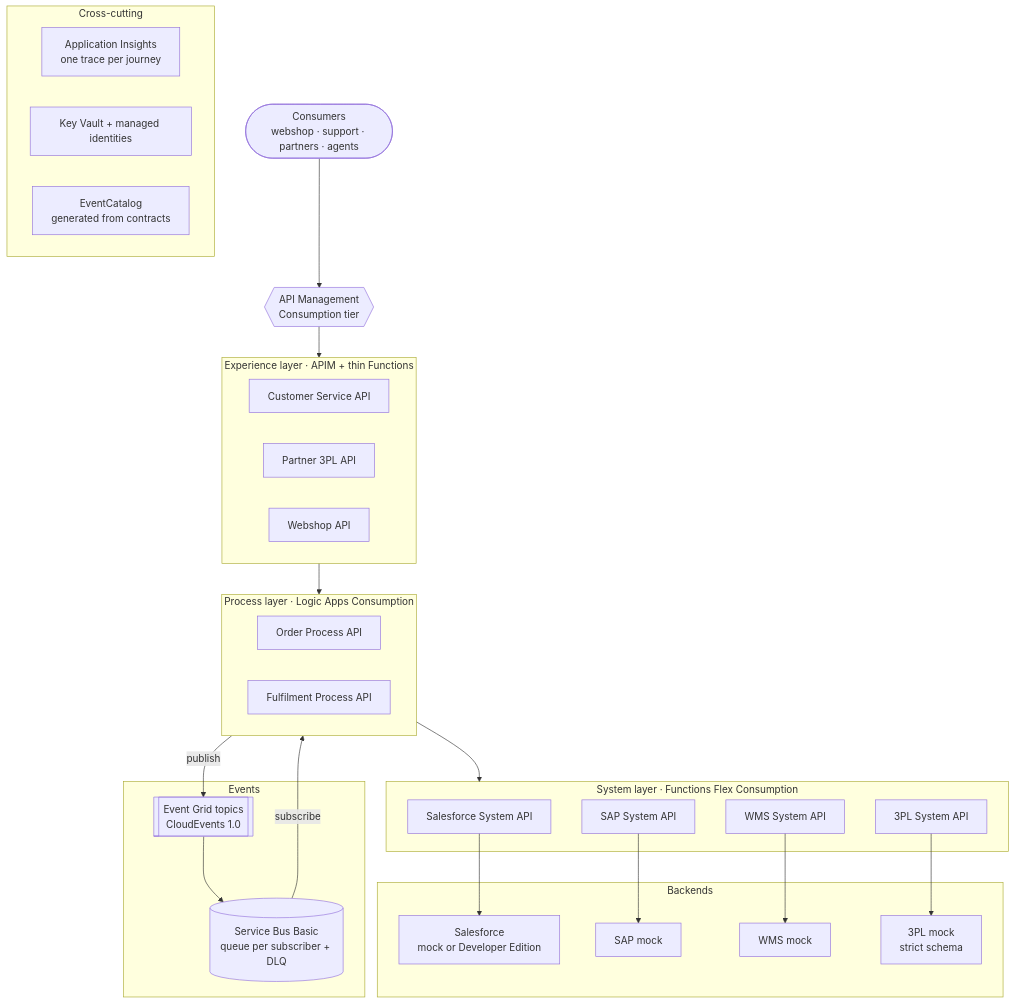
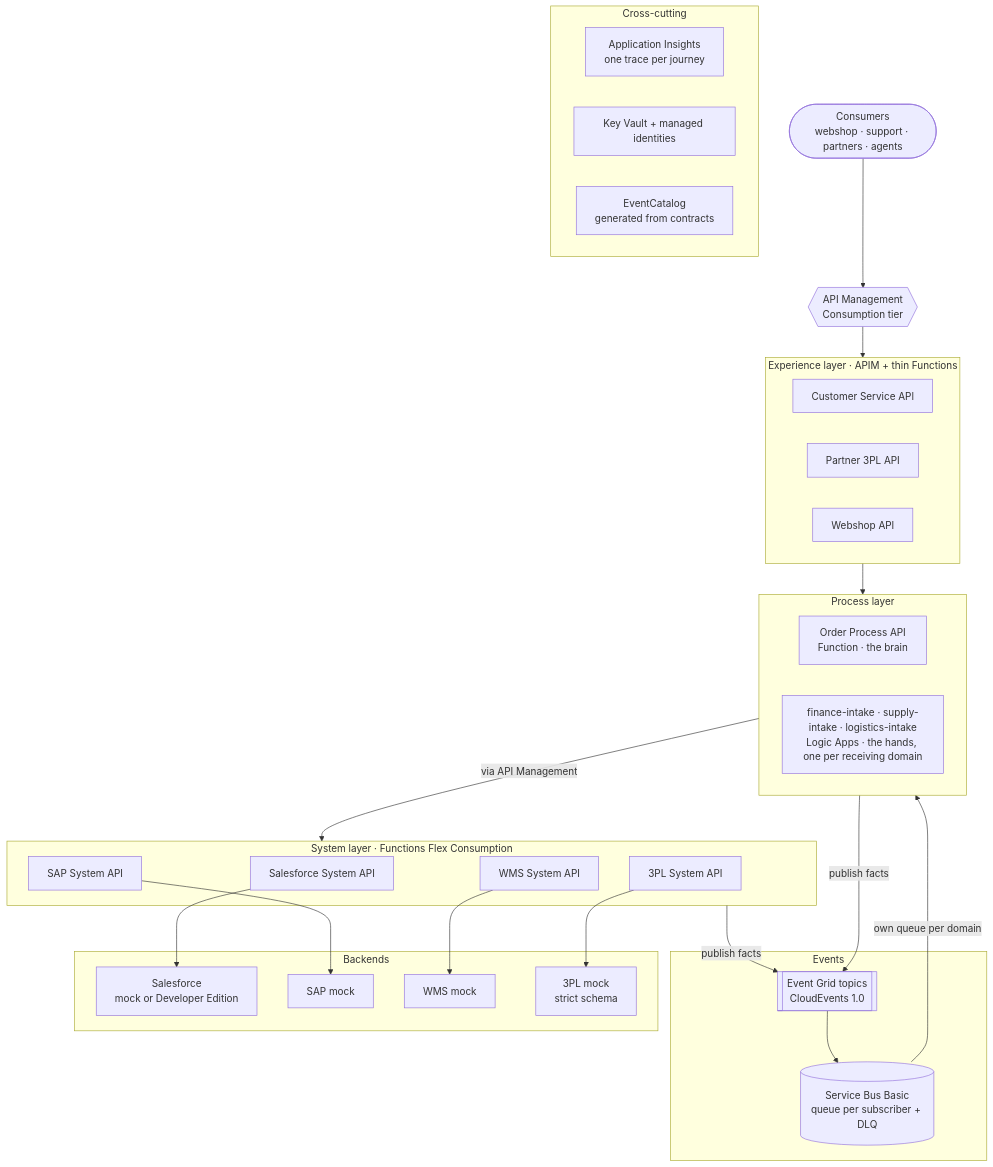
The first of 2 diagrams in README.md (azure-intelligence-domain/ai-intelligence-domain), drawn with Mermaid before and after one commit. The commit also changed other lines of this file and 4 other files, not shown here.

First line of the commit message:
ADR 0015: one integration flow per receiving domain; data models per domain

````diff
--- a/README.md
+++ b/README.md
@@ -83,52 +85,53 @@
 ```mermaid
 flowchart TB
     consumers(["Consumers<br/>webshop · support · partners · agents"])
     apim{{"API Management<br/>Consumption tier"}}
 
     subgraph experience["Experience layer · APIM + thin Functions"]
         direction LR
         exp_cs["Customer Service API"]
         exp_partner["Partner 3PL API"]
         exp_web["Webshop API"]
     end
 
-    subgraph process["Process layer · Logic Apps Consumption"]
+    subgraph process["Process layer"]
         direction LR
-        proc_order["Order Process API"]
-        proc_fulfil["Fulfilment Process API"]
+        proc_order["Order Process API<br/>Function · the brain"]
+        flows["finance-intake · supply-intake · logistics-intake<br/>Logic Apps · the hands, one per receiving domain"]
     end
 
     subgraph events["Events"]
         eg[["Event Grid topics<br/>CloudEvents 1.0"]]
         sbq[("Service Bus Basic<br/>queue per subscriber + DLQ")]
     end
 
     subgraph system["System layer · Functions Flex Consumption"]
         sys_sf["Salesforce System API"]
         sys_sap["SAP System API"]
         sys_wms["WMS System API"]
         sys_3pl["3PL System API"]
     end
 
     subgraph backends["Backends"]
         sf["Salesforce<br/>mock or Developer Edition"]
         sap["SAP mock"]
         wms["WMS mock"]
         tpl["3PL mock<br/>strict schema"]
     end
 
     subgraph shared["Cross-cutting"]
         appi["Application Insights<br/>one trace per journey"]
         kv["Key Vault + managed identities"]
         catalog["EventCatalog<br/>generated from contracts"]
     end
 
     consumers --> apim --> experience
     experience --> process
-    process -- "publish" --> eg --> sbq -- "subscribe" --> process
-    process --> system
+    proc_order -- "publish facts" --> eg --> sbq -- "own queue per domain" --> flows
+    system -- "publish facts" --> eg
+    process -- "via API Management" --> system
     sys_sf --> sf
     sys_sap --> sap
     sys_wms --> wms
     sys_3pl --> tpl
 ```
````
